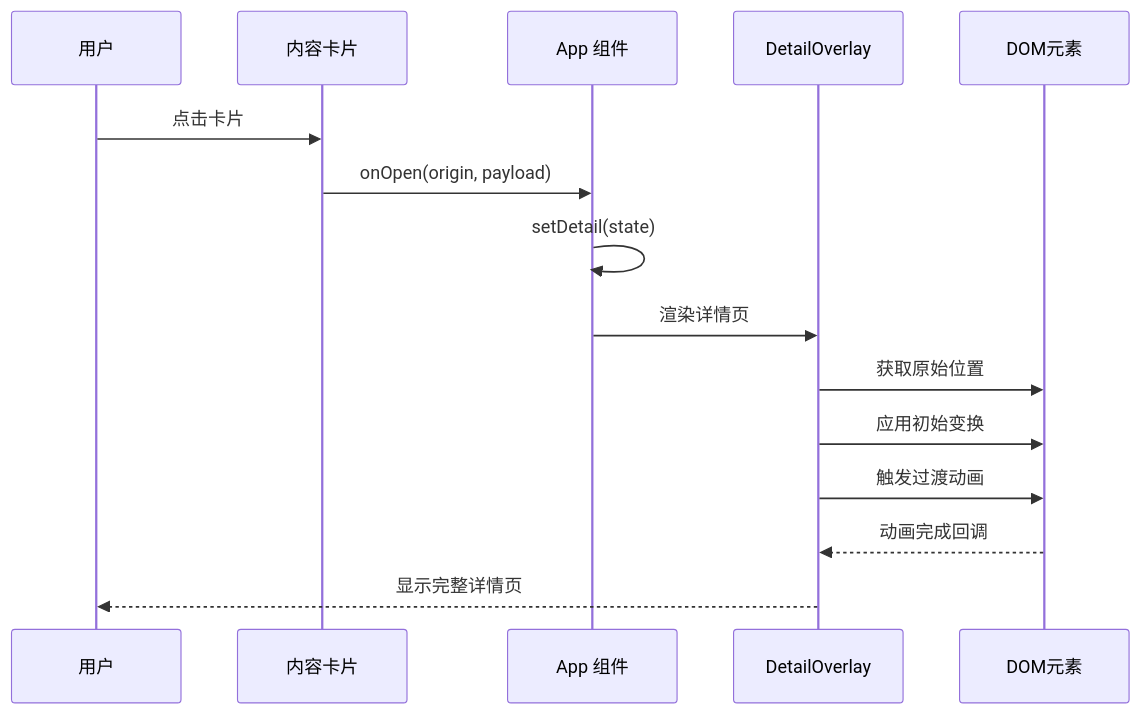
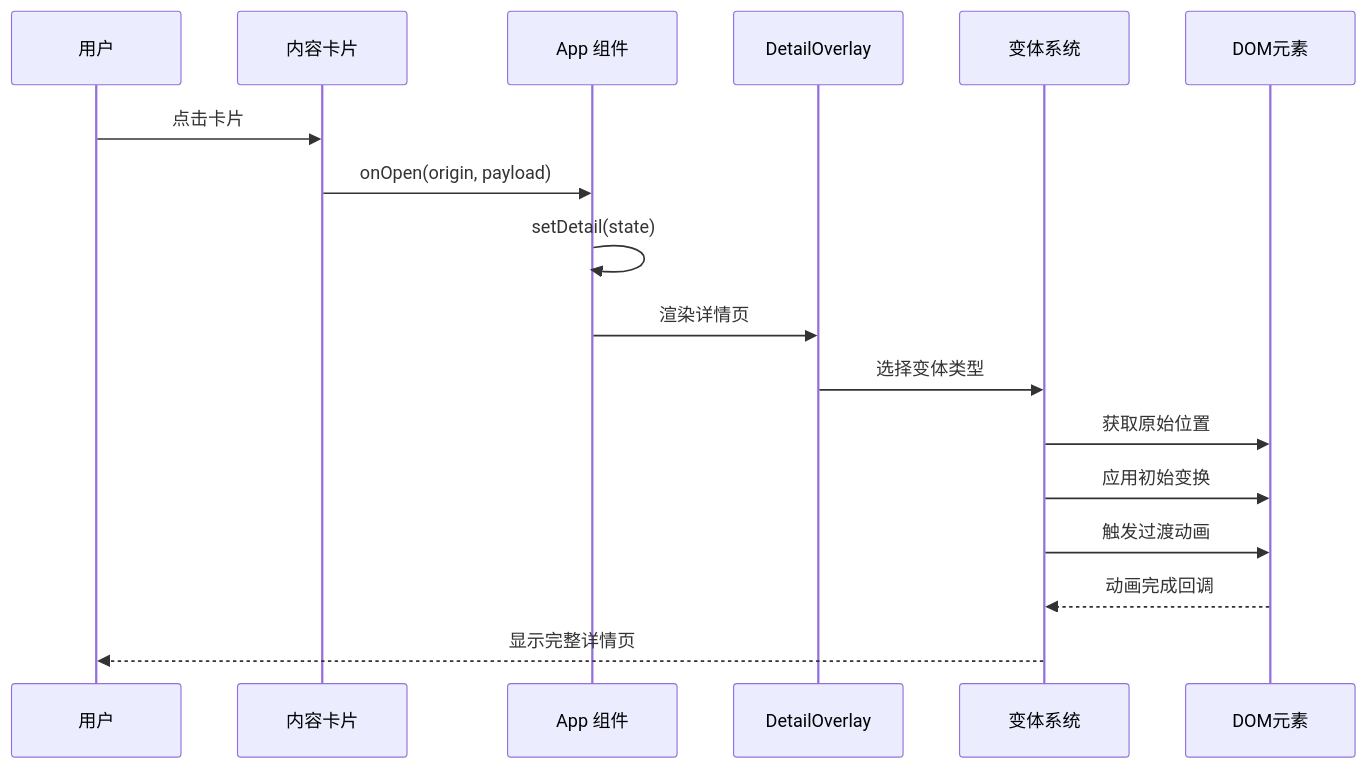
Before and after one commit to billye220670/newSquare: the fifth of 22 diagrams in .qoder/repowiki/zh/content/详情页系统.md, drawn with Mermaid. The commit also changed other lines of this file and 14 other files, not shown here.

````diff
--- a/.qoder/repowiki/zh/content/详情页系统.md
+++ b/.qoder/repowiki/zh/content/详情页系统.md
@@ -209,17 +257,19 @@
 ```mermaid
 sequenceDiagram
 participant User as 用户
 participant Card as 内容卡片
 participant App as App 组件
 participant Detail as DetailOverlay
+participant Variant as 变体系统
 participant DOM as DOM元素
 User->>Card : 点击卡片
 Card->>App : onOpen(origin, payload)
 App->>App : setDetail(state)
 App->>Detail : 渲染详情页
-Detail->>DOM : 获取原始位置
-Detail->>DOM : 应用初始变换
-Detail->>DOM : 触发过渡动画
-DOM-->>Detail : 动画完成回调
-Detail-->>User : 显示完整详情页
+Detail->>Variant : 选择变体类型
+Variant->>DOM : 获取原始位置
+Variant->>DOM : 应用初始变换
+Variant->>DOM : 触发过渡动画
+DOM-->>Variant : 动画完成回调
+Variant-->>User : 显示完整详情页
 ```
````
